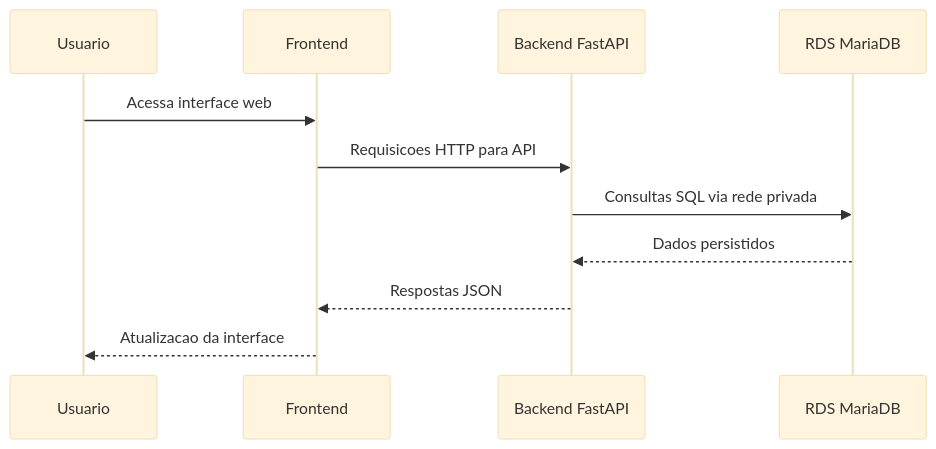
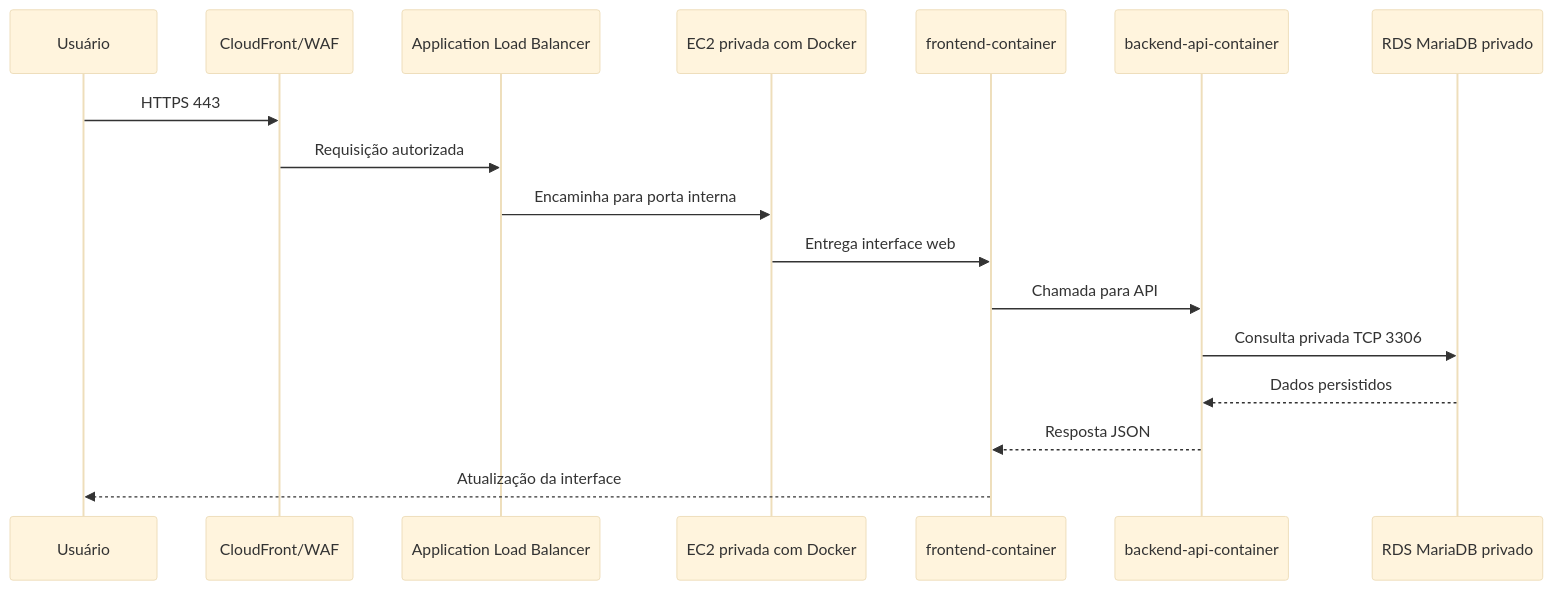
One commit to LuizPazdziora/mercantis-move2cloud changed the second of 3 diagrams in docs/arquitetura/diagrama-aws-referencia.md. Above: the diagram before and after it, drawn with Mermaid (base theme). The commit also changed other lines of this file and 13 other files, not shown here.

Commit message:
Alinha documentacao AWS ao diagrama do MVP

````diff
--- a/docs/arquitetura/diagrama-aws-referencia.md
+++ b/docs/arquitetura/diagrama-aws-referencia.md
@@ -39,14 +73,20 @@
 ```mermaid
 sequenceDiagram
-    participant U as Usuario
-    participant F as Frontend
-    participant B as Backend FastAPI
-    participant R as RDS MariaDB
+    participant U as Usuário
+    participant CF as CloudFront/WAF
+    participant ALB as Application Load Balancer
+    participant EC2 as EC2 privada com Docker
+    participant FE as frontend-container
+    participant BE as backend-api-container
+    participant DB as RDS MariaDB privado
 
-    U->>F: Acessa interface web
-    F->>B: Requisicoes HTTP para API
-    B->>R: Consultas SQL via rede privada
-    R-->>B: Dados persistidos
-    B-->>F: Respostas JSON
-    F-->>U: Atualizacao da interface
+    U->>CF: HTTPS 443
+    CF->>ALB: Requisição autorizada
+    ALB->>EC2: Encaminha para porta interna
+    EC2->>FE: Entrega interface web
+    FE->>BE: Chamada para API
+    BE->>DB: Consulta privada TCP 3306
+    DB-->>BE: Dados persistidos
+    BE-->>FE: Resposta JSON
+    FE-->>U: Atualização da interface
 ```
````
